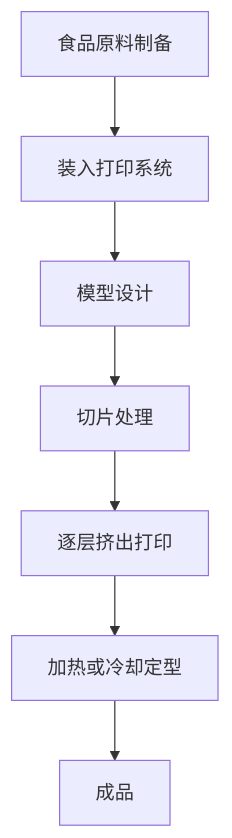
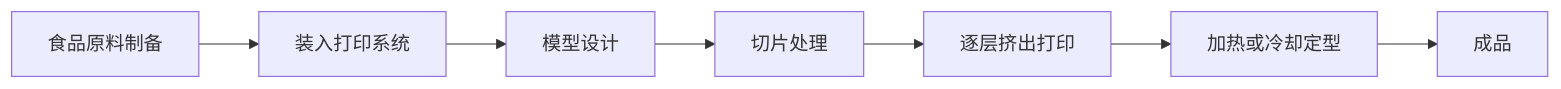
Before and after one commit to 785464936/notes: the fourth of 7 diagrams in 增材制造装备.md, drawn with Mermaid. The commit also changed other lines of this file and 1 other file, not shown here.

Commit message:
[docs] update mermaid to drawio in 增材制造装备

````diff
--- a/增材制造装备.md
+++ b/增材制造装备.md
@@ -1327,9 +1316,9 @@
 ```mermaid
-flowchart TD
+flowchart LR
     A[食品原料制备] --> B[装入打印系统]
     B --> C[模型设计]
     C --> D[切片处理]
     D --> E[逐层挤出打印]
     E --> F[加热或冷却定型]
     F --> G[成品]
 ```
````
